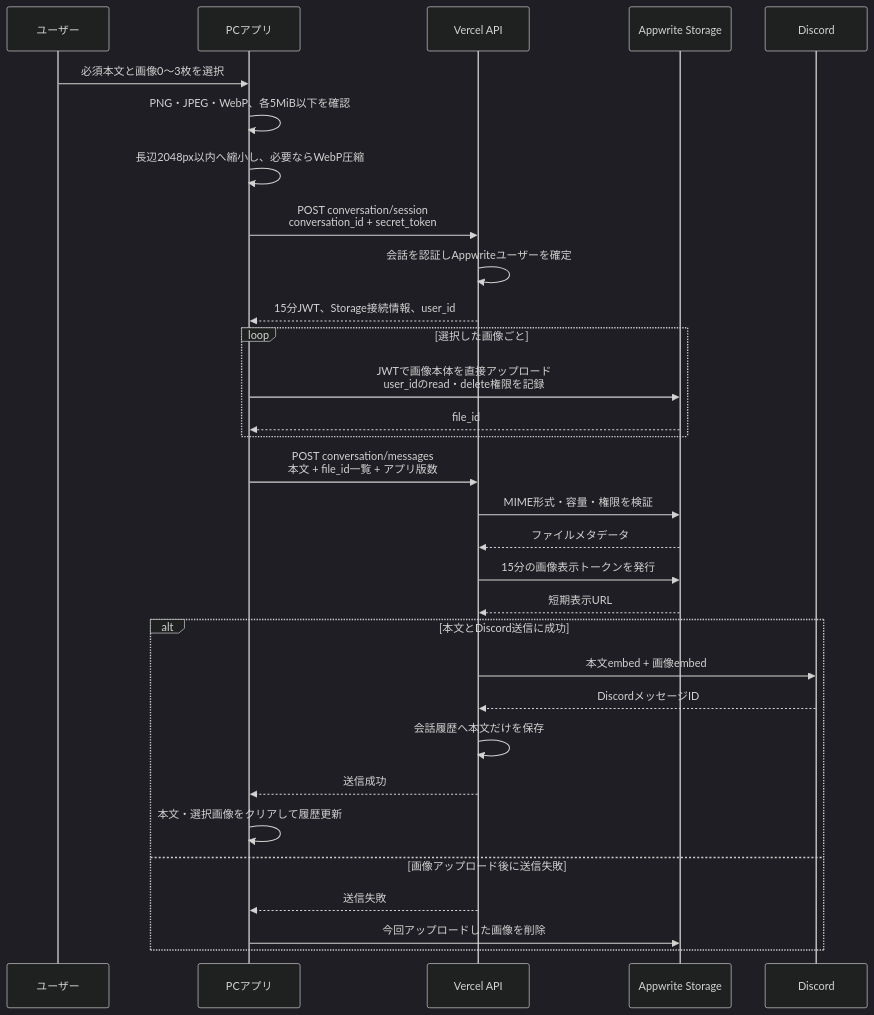
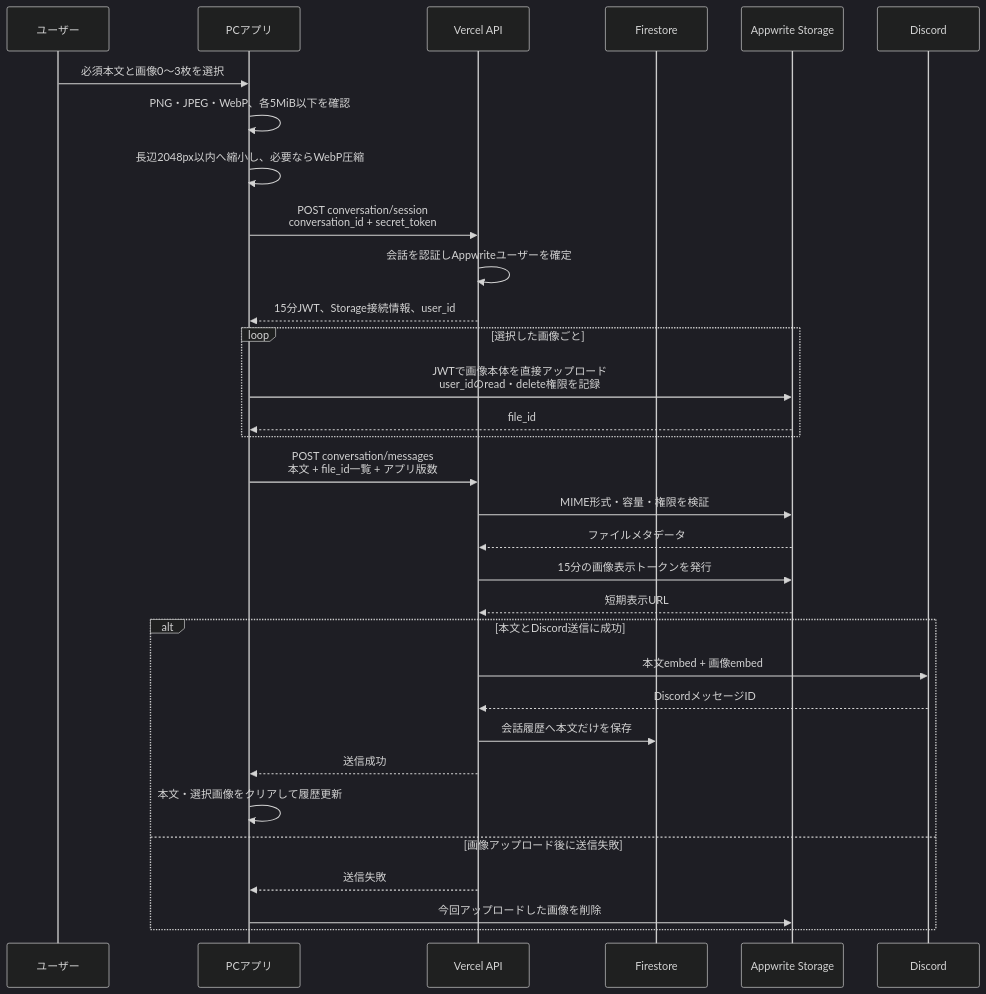
Before and after one commit to ore-no-fusen/ore-no-fusen: the third of 4 diagrams in docs-v2/007_COMMUNICATION.md, drawn with Mermaid (dark theme). The commit also changed other lines of this file and 20 other files, not shown here.

````diff
--- a/docs-v2/007_COMMUNICATION.md
+++ b/docs-v2/007_COMMUNICATION.md
@@ -247,36 +254,37 @@
 ```mermaid
 sequenceDiagram
     participant User as ユーザー
     participant PC as PCアプリ
     participant API as Vercel API
+    participant DB as Firestore
     participant Storage as Appwrite Storage
     participant Discord as Discord
 
     User->>PC: 必須本文と画像0〜3枚を選択
     PC->>PC: PNG・JPEG・WebP、各5MiB以下を確認
     PC->>PC: 長辺2048px以内へ縮小し、必要ならWebP圧縮
     PC->>API: POST conversation/session<br/>conversation_id + secret_token
     API->>API: 会話を認証しAppwriteユーザーを確定
     API-->>PC: 15分JWT、Storage接続情報、user_id
 
     loop 選択した画像ごと
         PC->>Storage: JWTで画像本体を直接アップロード<br/>user_idのread・delete権限を記録
         Storage-->>PC: file_id
     end
 
     PC->>API: POST conversation/messages<br/>本文 + file_id一覧 + アプリ版数
     API->>Storage: MIME形式・容量・権限を検証
     Storage-->>API: ファイルメタデータ
     API->>Storage: 15分の画像表示トークンを発行
     Storage-->>API: 短期表示URL
     alt 本文とDiscord送信に成功
         API->>Discord: 本文embed + 画像embed
         Discord-->>API: DiscordメッセージID
-        API->>API: 会話履歴へ本文だけを保存
+        API->>DB: 会話履歴へ本文だけを保存
         API-->>PC: 送信成功
         PC->>PC: 本文・選択画像をクリアして履歴更新
     else 画像アップロード後に送信失敗
         API-->>PC: 送信失敗
         PC->>Storage: 今回アップロードした画像を削除
     end
 ```
````
